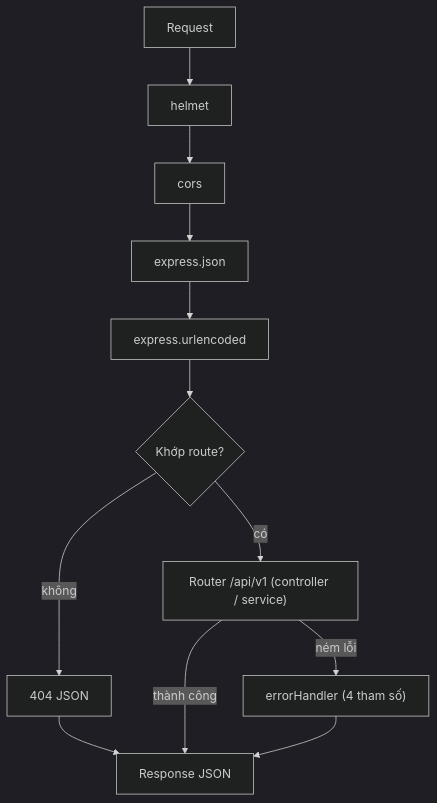
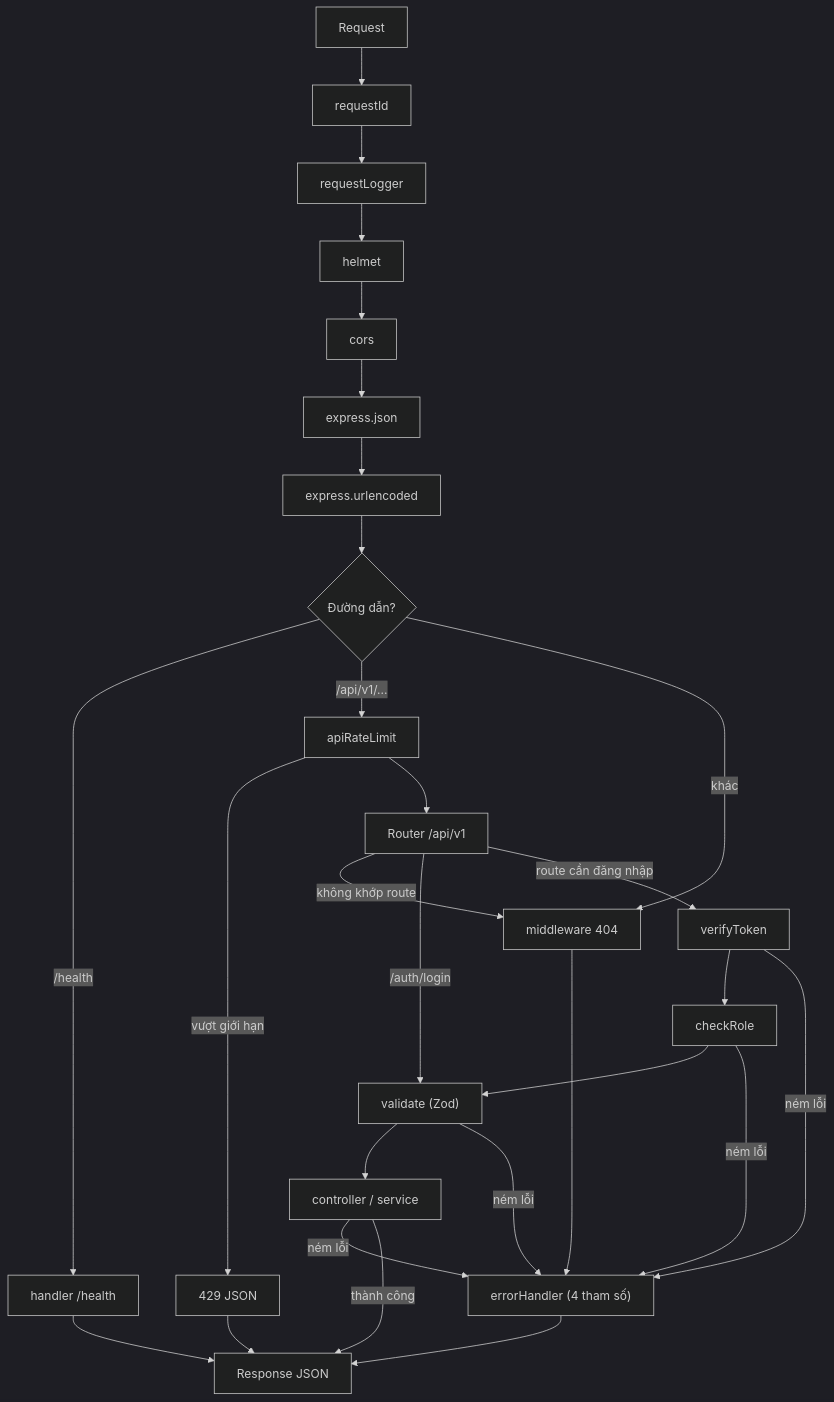
Before and after one commit to phuochung1311/CNLTHD: the diagram in docs/middleware-flow.md, drawn with Mermaid (dark theme). The commit also changed other lines of this file and 1 other file, not shown here.

Commit message:
docs: Cập nhật sơ đồ middleware có auth

````diff
--- a/docs/middleware-flow.md
+++ b/docs/middleware-flow.md
@@ -3,14 +3,30 @@
 ```mermaid
 flowchart TD
-    A["Request"] --> B["helmet"]
-    B --> C["cors"]
-    C --> D["express.json"]
-    D --> E["express.urlencoded"]
-    E --> F{"Khớp route?"}
-    F -- "có" --> G["Router /api/v1 (controller / service)"]
-    F -- "không" --> H["404 JSON"]
-    G -- "ném lỗi" --> I["errorHandler (4 tham số)"]
-    H --> J["Response JSON"]
-    G -- "thành công" --> J
+    A["Request"] --> B["requestId"]
+    B --> C["requestLogger"]
+    C --> D["helmet"]
+    D --> E["cors"]
+    E --> F["express.json"]
+    F --> G["express.urlencoded"]
+    G --> H{"Đường dẫn?"}
+    H -- "/health" --> HC["handler /health"]
+    H -- "/api/v1/..." --> RL["apiRateLimit"]
+    H -- "khác" --> NF["middleware 404"]
+    RL -- "vượt giới hạn" --> R429["429 JSON"]
+    RL --> RT["Router /api/v1"]
+    RT -- "không khớp route" --> NF
+    RT -- "/auth/login" --> V["validate (Zod)"]
+    RT -- "route cần đăng nhập" --> T["verifyToken"]
+    T --> O["checkRole"]
+    O --> V
+    V --> P["controller / service"]
+    T -- "ném lỗi" --> I
+    O -- "ném lỗi" --> I
+    V -- "ném lỗi" --> I
+    P -- "ném lỗi" --> I
+    NF --> I["errorHandler (4 tham số)"]
+    P -- "thành công" --> J["Response JSON"]
+    HC --> J
+    R429 --> J
     I --> J
 ```
````
